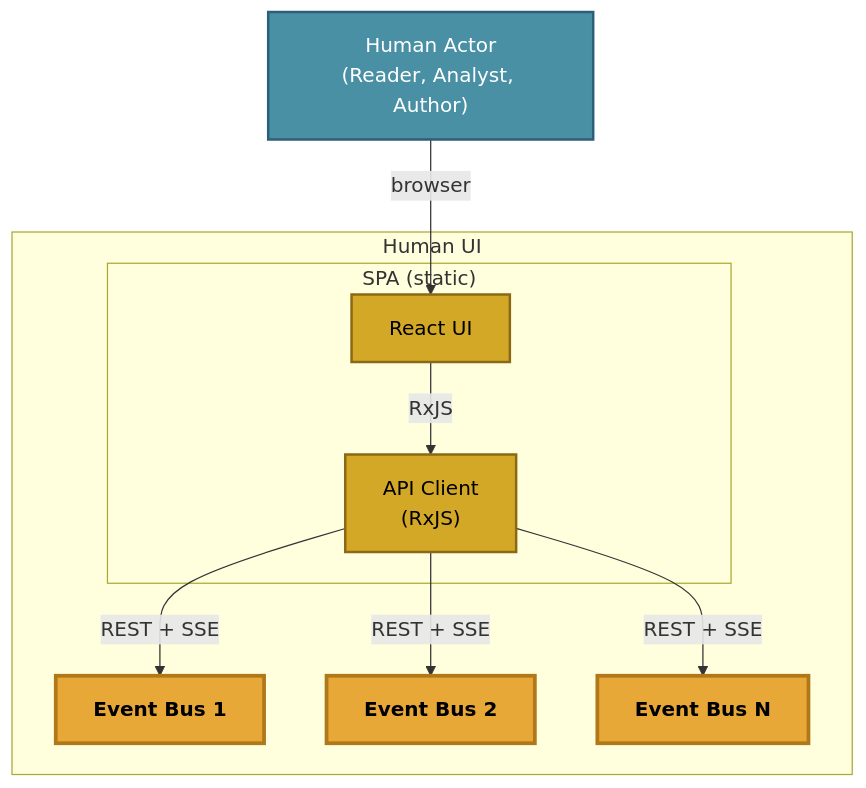
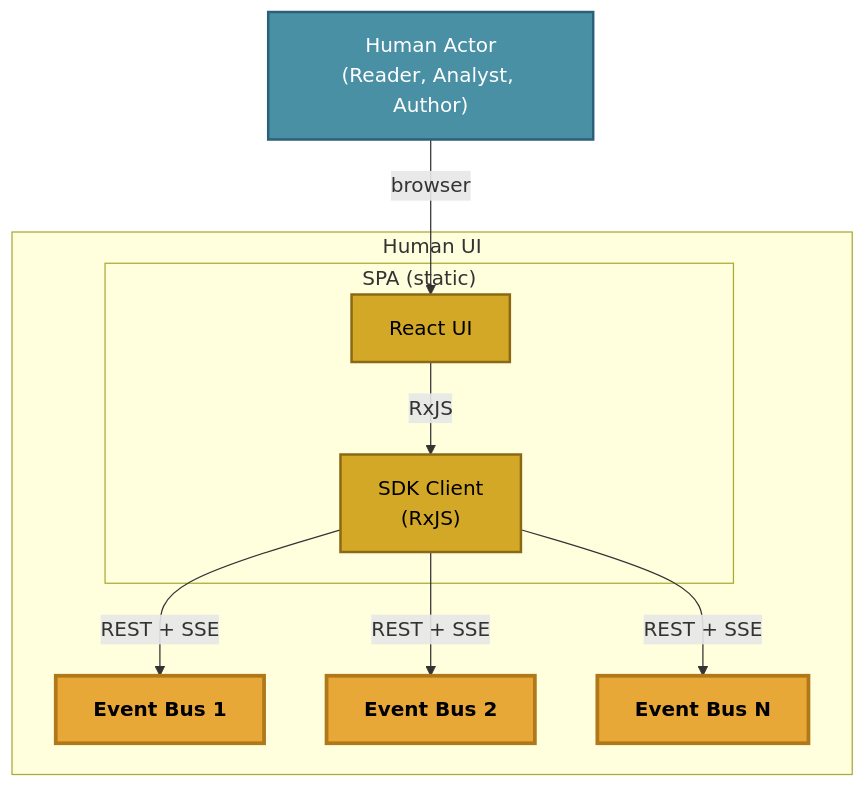
One commit to The-AI-Alliance/semiont changed the diagram in docs/system/HUMAN-UI.md. Above: the diagram before and after it, drawn with Mermaid. The commit also changed 33 other files, not shown here.

````diff
--- a/docs/system/HUMAN-UI.md
+++ b/docs/system/HUMAN-UI.md
@@ -9,30 +9,30 @@
 ```mermaid
 graph TB
     HUMAN["Human Actor<br/>(Reader, Analyst, Author)"] -->|browser| FE
 
     subgraph ui ["Human UI"]
         subgraph spa ["SPA (static)"]
             FE["React UI"]
-            API["API Client<br/>(RxJS)"]
+            API["SDK Client<br/>(RxJS)"]
             FE -->|RxJS| API
         end
 
         BUS1["Event Bus 1"]
         BUS2["Event Bus 2"]
         BUSN["Event Bus N"]
 
         API -->|"REST + SSE"| BUS1
         API -->|"REST + SSE"| BUS2
         API -->|"REST + SSE"| BUSN
     end
 
     classDef actor fill:#4a90a4,stroke:#2c5f7a,stroke-width:2px,color:#fff
     classDef ui fill:#d4a827,stroke:#8b6914,stroke-width:2px,color:#000
     classDef bus fill:#e8a838,stroke:#b07818,stroke-width:3px,color:#000,font-weight:bold
     classDef client fill:#d4a827,stroke:#8b6914,stroke-width:2px,color:#000
 
     class HUMAN actor
     class FE ui
     class API client
     class BUS1,BUS2,BUSN bus
 ```
````
